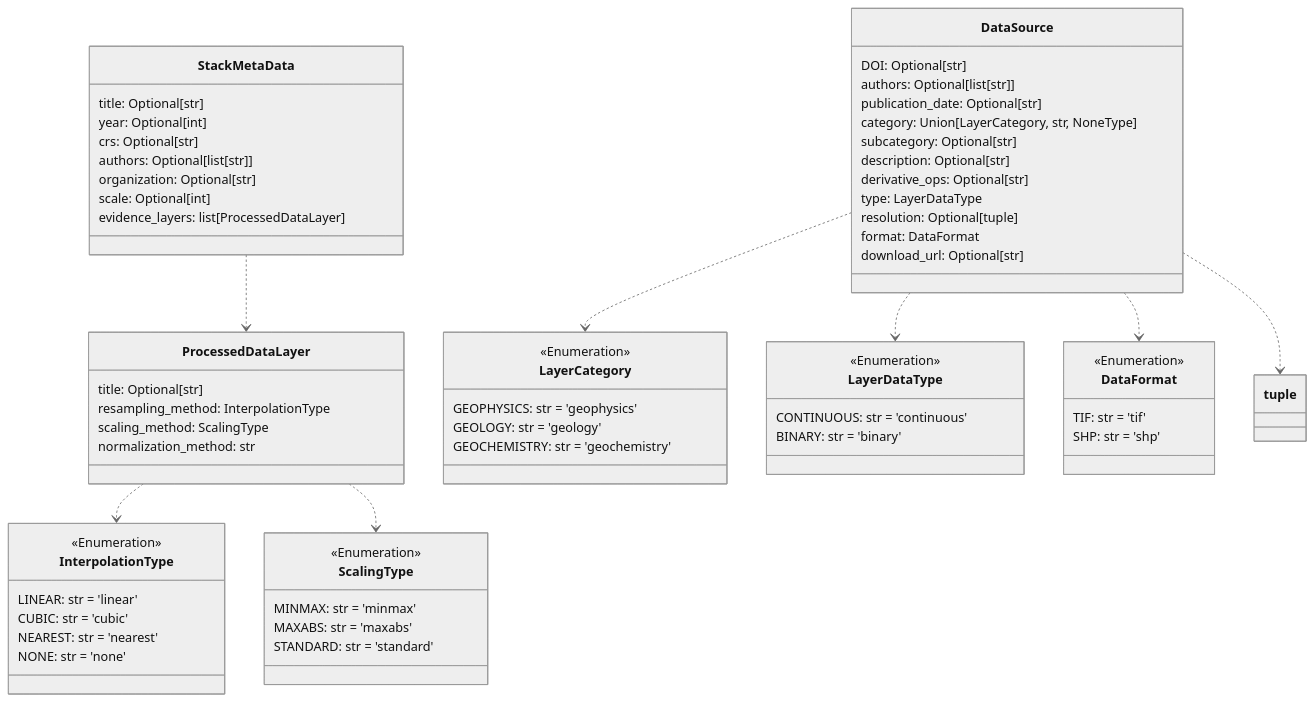
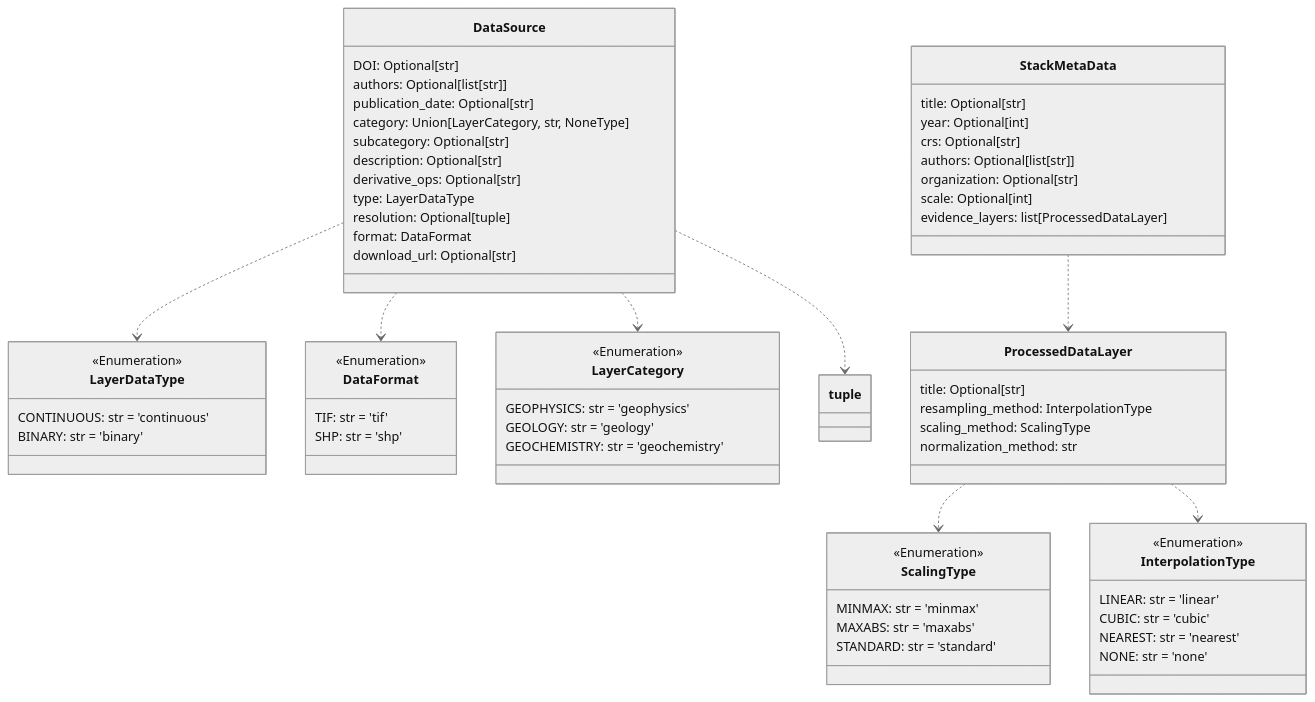
One commit to DARPA-CRITICALMAAS/cdr_schemas changed diagram 13 of 14 in README.md. Above: the diagram before and after it, drawn with Mermaid (neutral theme). The commit also changed other lines of this file and 1 other file, not shown here.

````diff
--- a/README.md
+++ b/README.md
@@ -965,78 +972,78 @@
 ```mermaid
 classDiagram
-
-    class InterpolationType {
-        <<Enumeration>>
-        LINEAR: str = 'linear'
-        CUBIC: str = 'cubic'
-        NEAREST: str = 'nearest'
-        NONE: str = 'none'
-    }
-
-    class LayerCategory {
-        <<Enumeration>>
-        GEOPHYSICS: str = 'geophysics'
-        GEOLOGY: str = 'geology'
-        GEOCHEMISTRY: str = 'geochemistry'
-    }
 
     class ScalingType {
         <<Enumeration>>
         MINMAX: str = 'minmax'
         MAXABS: str = 'maxabs'
         STANDARD: str = 'standard'
-    }
-
-    class LayerDataType {
-        <<Enumeration>>
-        CONTINUOUS: str = 'continuous'
-        BINARY: str = 'binary'
-    }
-
-    class ProcessedDataLayer {
-        title: Optional[str]
-        resampling_method: InterpolationType
-        scaling_method: ScalingType
-        normalization_method: str
-    }
-
-    class StackMetaData {
-        title: Optional[str]
-        year: Optional[int]
-        crs: Optional[str]
-        authors: Optional[list[str]]
-        organization: Optional[str]
-        scale: Optional[int]
-        evidence_layers: list[ProcessedDataLayer]
     }
 
     class DataSource {
         DOI: Optional[str]
         authors: Optional[list[str]]
         publication_date: Optional[str]
         category: Union[LayerCategory, str, NoneType]
         subcategory: Optional[str]
         description: Optional[str]
         derivative_ops: Optional[str]
         type: LayerDataType
         resolution: Optional[tuple]
         format: DataFormat
         download_url: Optional[str]
     }
 
+    class InterpolationType {
+        <<Enumeration>>
+        LINEAR: str = 'linear'
+        CUBIC: str = 'cubic'
+        NEAREST: str = 'nearest'
+        NONE: str = 'none'
+    }
+
     class DataFormat {
         <<Enumeration>>
         TIF: str = 'tif'
         SHP: str = 'shp'
     }
 
-    DataSource ..> LayerCategory
+    class LayerDataType {
+        <<Enumeration>>
+        CONTINUOUS: str = 'continuous'
+        BINARY: str = 'binary'
+    }
+
+    class StackMetaData {
+        title: Optional[str]
+        year: Optional[int]
+        crs: Optional[str]
+        authors: Optional[list[str]]
+        organization: Optional[str]
+        scale: Optional[int]
+        evidence_layers: list[ProcessedDataLayer]
+    }
+
+    class ProcessedDataLayer {
+        title: Optional[str]
+        resampling_method: InterpolationType
+        scaling_method: ScalingType
+        normalization_method: str
+    }
+
+    class LayerCategory {
+        <<Enumeration>>
+        GEOPHYSICS: str = 'geophysics'
+        GEOLOGY: str = 'geology'
+        GEOCHEMISTRY: str = 'geochemistry'
+    }
+
     DataSource ..> LayerDataType
     DataSource ..> DataFormat
+    DataSource ..> LayerCategory
     DataSource ..> tuple
+    ProcessedDataLayer ..> ScalingType
     ProcessedDataLayer ..> InterpolationType
-    ProcessedDataLayer ..> ScalingType
     StackMetaData ..> ProcessedDataLayer
 
 
 ```
````
